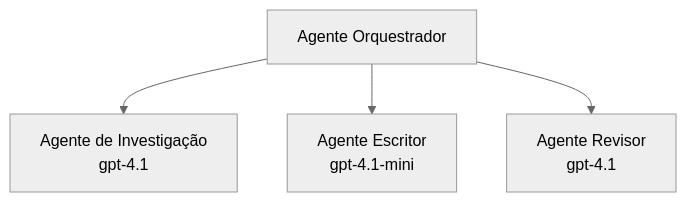
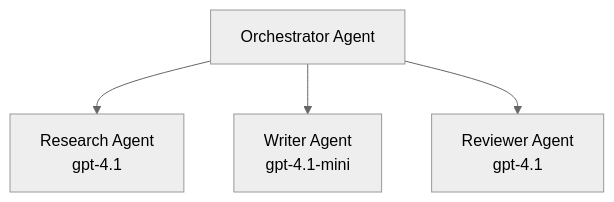
One commit to microsoft/AZD-for-beginners changed the third of 3 diagrams in translations/pt-PT/docs/chapter-02-ai-development/agents.md. Above: the diagram before and after it, drawn with Mermaid (neutral theme). The commit also changed other lines of this file and 145 other files, not shown here.

````diff
--- a/translations/pt-PT/docs/chapter-02-ai-development/agents.md
+++ b/translations/pt-PT/docs/chapter-02-ai-development/agents.md
@@ -201,6 +198,6 @@
 ```mermaid
 graph TD
-    Orchestrator[Agente Orquestrador] --> Research[Agente de Investigação<br/>gpt-4.1]
-    Orchestrator --> Writer[Agente Escritor<br/>gpt-4.1-mini]
-    Orchestrator --> Reviewer[Agente Revisor<br/>gpt-4.1]
+    Orchestrator[Orchestrator Agent] --> Research[Research Agent<br/>gpt-4.1]
+    Orchestrator --> Writer[Writer Agent<br/>gpt-4.1-mini]
+    Orchestrator --> Reviewer[Reviewer Agent<br/>gpt-4.1]
 ```
````
